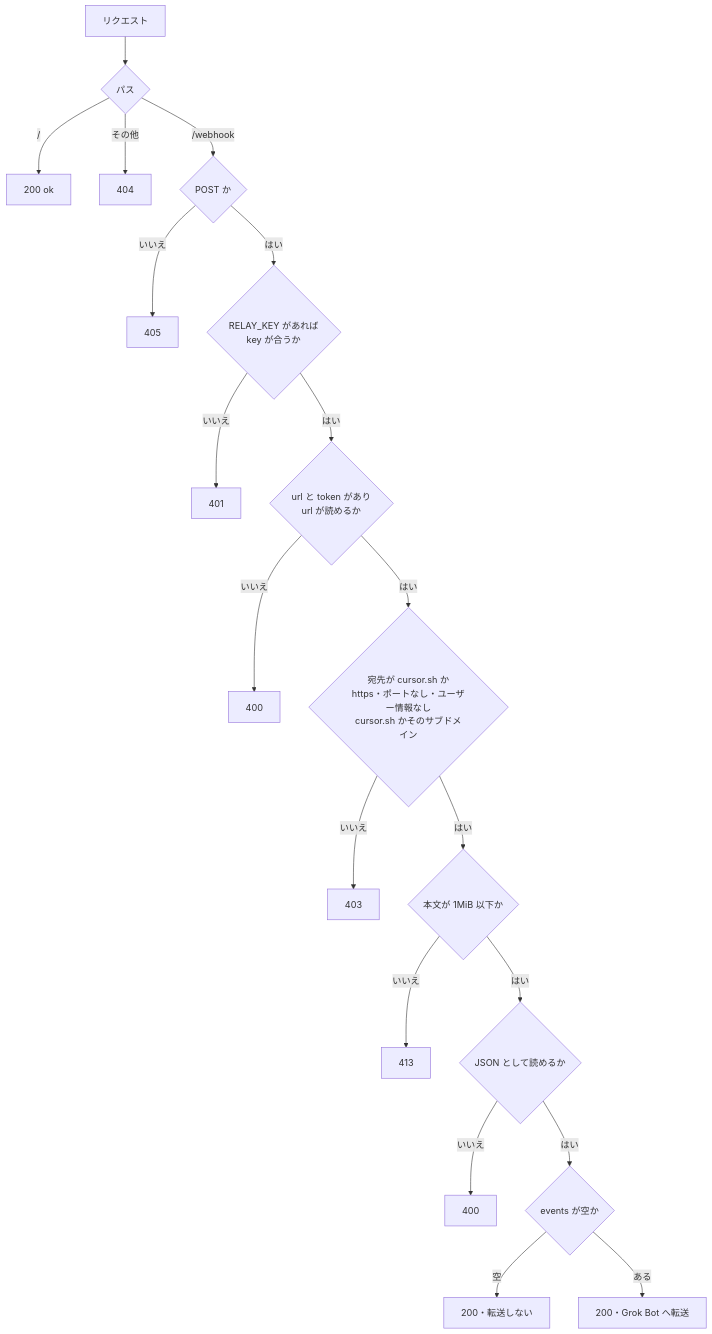
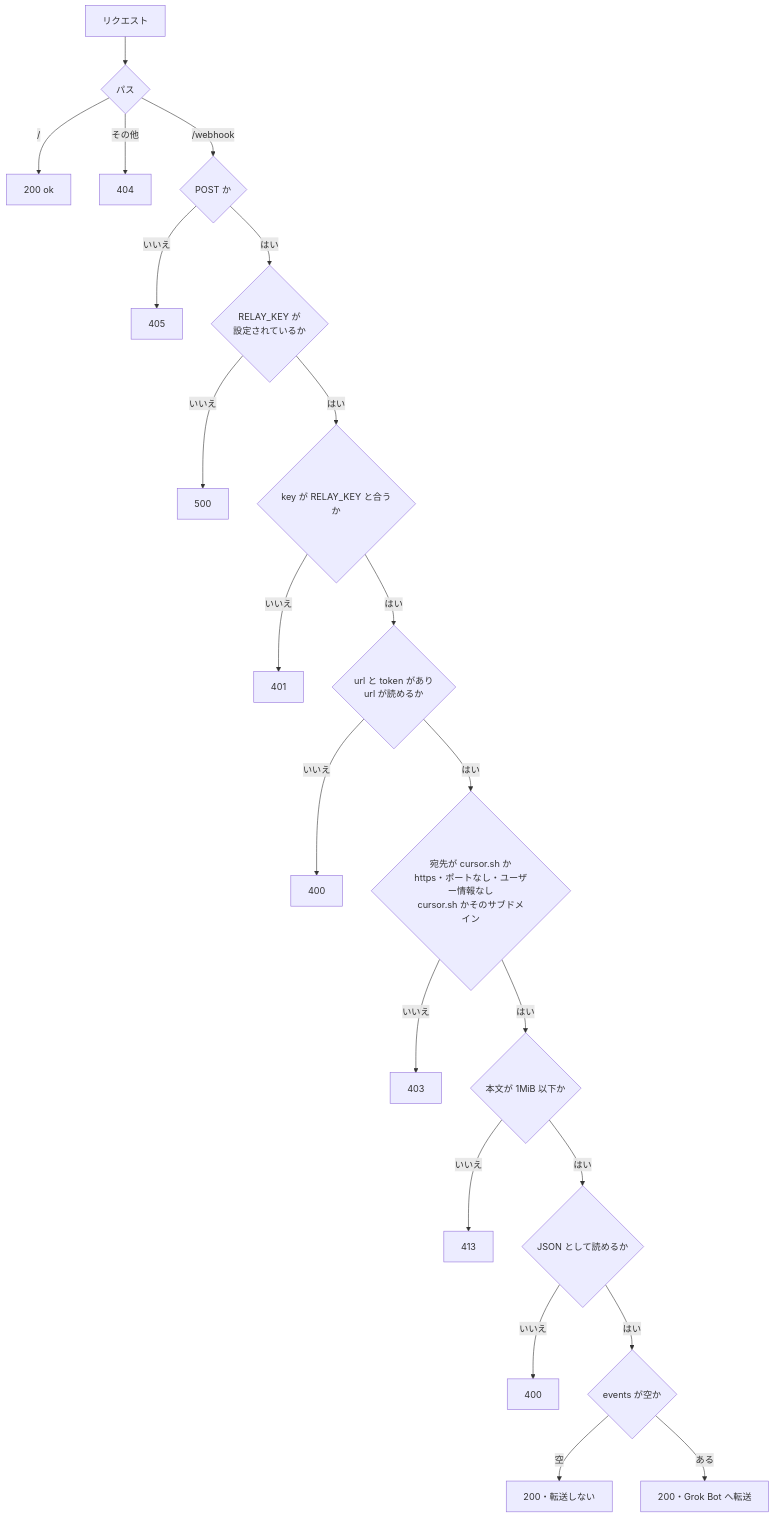
One commit to keesmark/grok-bot-harness-line changed the second of 2 diagrams in README.md. Above: the diagram before and after it, drawn with Mermaid. The commit also changed other lines of this file and 6 other files, not shown here.

First line of the commit message:
Require RELAY_KEY and ask for it on the deploy screen

````diff
--- a/README.md
+++ b/README.md
@@ -79,21 +76,23 @@
 ```mermaid
 flowchart TD
     A[リクエスト] --> B{パス}
     B -- / --> OK[200 ok]
     B -- その他 --> N404[404]
     B -- /webhook --> C{POST か}
     C -- いいえ --> N405[405]
-    C -- はい --> K{RELAY_KEY があれば<br/>key が合うか}
+    C -- はい --> S{RELAY_KEY が<br/>設定されているか}
+    S -- いいえ --> N500[500]
+    S -- はい --> K{key が RELAY_KEY と合うか}
     K -- いいえ --> N401[401]
     K -- はい --> D{url と token があり<br/>url が読めるか}
     D -- いいえ --> N400a[400]
     D -- はい --> E{宛先が cursor.sh か<br/>https・ポートなし・ユーザー情報なし<br/>cursor.sh かそのサブドメイン}
     E -- いいえ --> N403[403]
     E -- はい --> F{本文が 1MiB 以下か}
     F -- いいえ --> N413[413]
     F -- はい --> G{JSON として読めるか}
     G -- いいえ --> N400b[400]
     G -- はい --> H{events が空か}
     H -- 空 --> R200a[200・転送しない]
     H -- ある --> R200b[200・Grok Bot へ転送]
 ```
````
